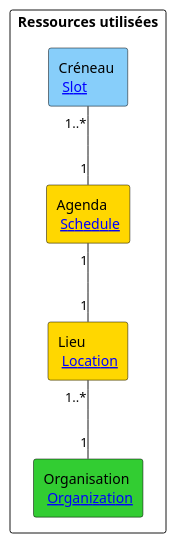
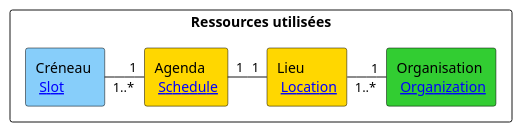
Before and after one commit to ansforge/IG-fhir-service-acces-aux-soins: the diagram in input/images-source/ressources-exploitees-fhir-sos.plantuml, drawn with PlantUML. The commit also changed 1 other file, not shown here.

Commit message:
Modification Schema UML

```diff
--- a/input/images-source/ressources-exploitees-fhir-sos.plantuml
+++ b/input/images-source/ressources-exploitees-fhir-sos.plantuml
@@ -1,21 +1,21 @@
 @startuml
 
 'Declaration des éléments
 rectangle "Ressources utilisées" {
 
     rectangle "Créneau \n [[StructureDefinition-sas-sos-slot-aggregator.html Slot]] " as Sl#LightSkyBlue;line:Black;text:Black
 
     rectangle "Agenda \n [[StructureDefinition-sas-sos-schedule-aggregator.html Schedule]]" as Sc #Gold;line:Black;text:Black
 
     rectangle "Lieu \n [[StructureDefinition-sas-sos-location-aggregator.html Location]]" as Lieu #Gold;line:Black;text:Black
 
     rectangle "Organisation \n [[StructureDefinition-sas-sos-organization-aggregator.html Organization]]" as Orga #LimeGreen;line:Black;text:Black
 
 }
 
 'Liens entre éléments
-Sl "1..*"--"1" Sc :""
-Sc "1"--"1" Lieu : ""
-Lieu "1..*"--"1" Orga : "" 
+Sl "1..*"-"1" Sc :""
+Sc "1"-"1" Lieu : ""
+Lieu "1..*"-"1" Orga : ""
 
 @enduml
```
